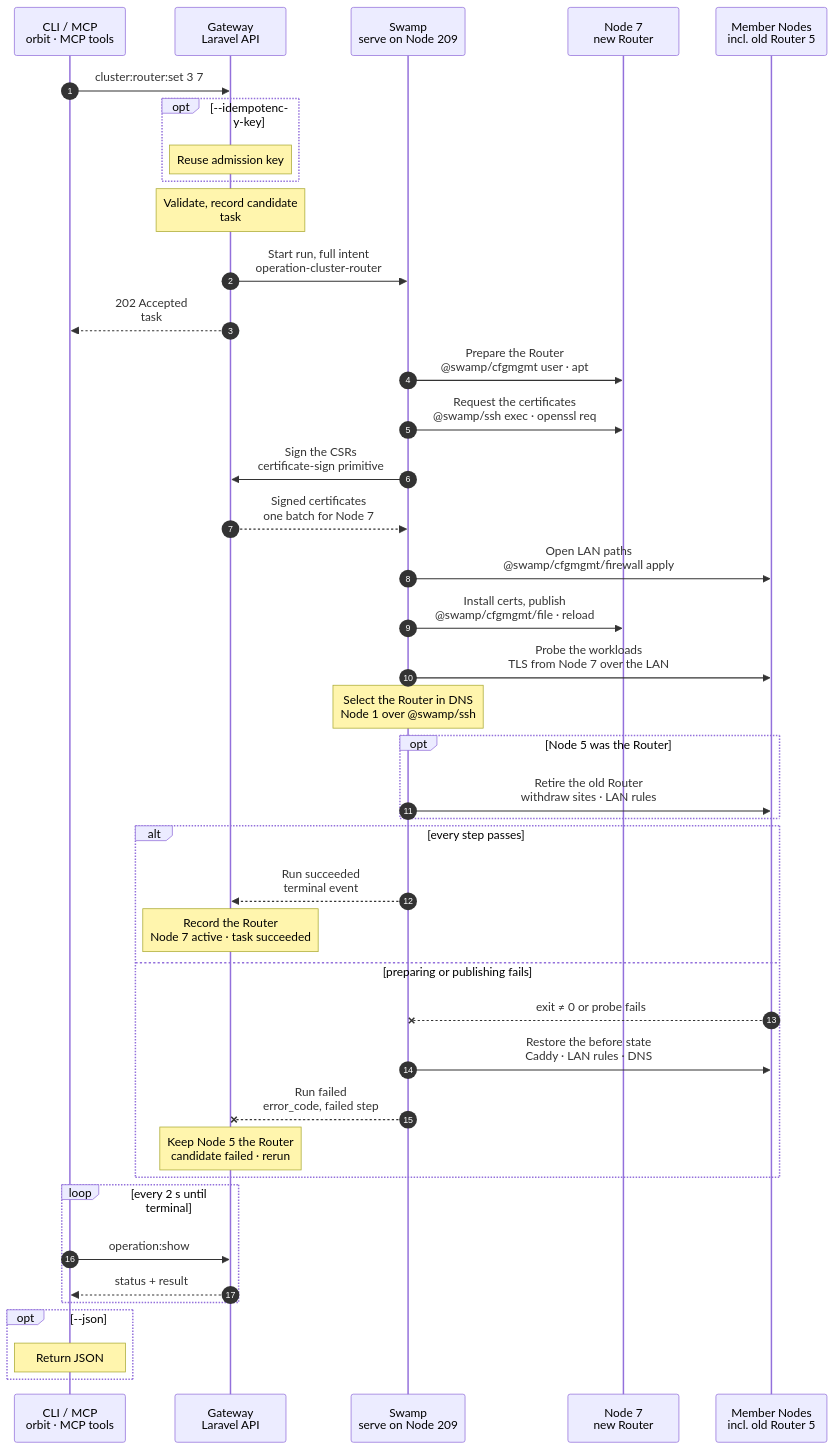
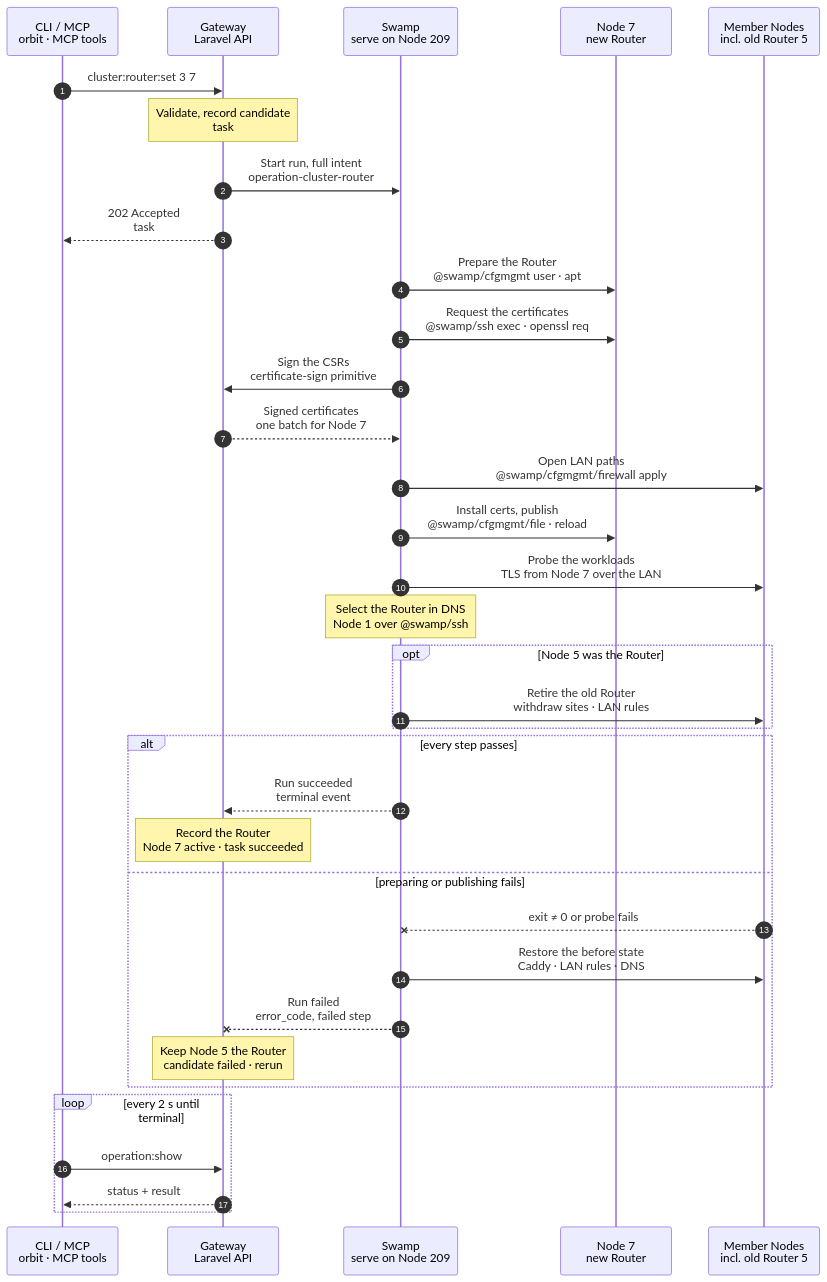
The diagram in docs/cli/cluster/router-set.mmd (hardimpactdev/orbit), drawn with Mermaid before and after one commit. The commit also changed 1 other file, not shown here.

Commit message:
docs(cluster): keep --force, --idempotency-key and --json in notes, not opt blocks
Rule 23 puts these call flags in %%> notes; an opt block is for an option that adds steps.

```diff
--- a/docs/cli/cluster/router-set.mmd
+++ b/docs/cli/cluster/router-set.mmd
@@ -1,140 +1,133 @@
 sequenceDiagram
   %% Target design: ADR 0244 task, DECISIONS 1 (cert signing is the one step→Gateway call), R2-R4. docs/reference/native-cluster-router.md, docs/cli/cluster.mdx.
   %% Tightened: flow-tighten 2026-11-02, rules 17, 18, 22 (certificates installed in the publish step, as route:create does; cfgmgmt behaviors named).
   %% status: draft
   %% command: cluster:router:set
   %% kind: cluster.router_set
   autonumber
   %% lane CLI icon=terminal pill=caller tone=gray
   %% lane GW icon=gateway pill=intent tone=blue
   %% lane SW icon=workflow pill=executes tone=green
   %% lane N icon=server pill=target tone=amber
   %% lane M icon=server pill=target tone=purple
   participant CLI as CLI / MCP<br/>orbit · MCP tools
   participant GW as Gateway<br/>Laravel API
   participant SW as Swamp<br/>serve on Node 209
   participant N as Node 7<br/>new Router
   participant M as Member Nodes<br/>incl. old Router 5
   CLI->>GW: cluster:router:set 3 7
   %%> Command:
   %%> - `orbit cluster:router:set 3 7`
   %%> - syntax: `<cluster> <node> [--idempotency-key=KEY] [--json]`
+  %%> Options:
+  %%> - `--idempotency-key`: reuses the same Operation admission for a retry with the same key
+  %%> - `--json`: waits for the terminal Operation and renders it as JSON
   %%> Input:
   %%> - the Cluster ID and the Node ID of an active member
   %%> What it does:
   %%> - makes Node 7 the Cluster Router: members on the LAN reach Cluster Routes through it, over HTTPS, and ask it for DNS
   %%> - replaces the current Router, Node 5, without a gap
-  opt --idempotency-key
-    Note over GW: Reuse admission key
-    %%> What it does:
-    %%> - reuses the same Operation admission for a retry with the same key
-  end
   Note over GW: Validate, record candidate<br/>task #5160 · Cluster lock
   %%> Requirements:
   %%> - your Node has an access grant to Node 7
   %%> - Node 7 is an active member of Cluster 3 with a LAN address (`cluster.router_node_invalid`)
   %%> - no other Router change runs for Cluster 3; the Gateway waits up to 30 seconds, then refuses with `cluster.router_busy`
   %%> - no unfinished replacement from another Router change (`cluster.router_transition_conflict`)
   %%> Builds:
   %%> - the Router's Caddy sites for every Cluster Route, its certificate requests, and the LAN firewall rules
   %%> - the before and after state, so a failure can restore the before state
   %%> Result:
   %%> - Node 7's `router` assignment recorded as pending; Node 5 stays the active Router
   %%> - task #5160 recorded with the full intent
   GW->>SW: Start run, full intent<br/>operation-cluster-router
   %%> What it does:
   %%> - starts one Swamp run on serve (Node 209)
   %%> Inputs:
   %%> - the sites, certificate requests, LAN rules, and old Router assignments
   %%> - the addresses and SSH host keys of Node 7 and every member; the SSH identity comes from the `swamp` role
   GW-->>CLI: 202 Accepted<br/>task #5160
   %%> What you get:
   %%> - the task number, at once
   %%> Next:
   %%> - the CLI follows the task with `operation:show`
   SW->>N: Prepare the Router<br/>@swamp/cfgmgmt user · apt
   %%> How:
   %%> - over SSH from 209 with `@swamp/ssh` and `@swamp/cfgmgmt` behaviors
   %%> What it does:
   %%> - the `router` role setup: the managed account, the required packages and the pinned Caddy package
   %%> - an existing, matching install is left as it is
   SW->>N: Request the certificates<br/>@swamp/ssh exec · openssl req
   %%> What it does:
   %%> - makes a key and a CSR on Node 7 for each Cluster Route domain that changed
   %%> - the private keys never leave Node 7
   SW->>GW: Sign the CSRs<br/>certificate-sign primitive
   %%> Why a call to the Gateway:
   %%> - certificate signing is the one allowed step→Gateway call; the Orbit CA stays in the Gateway
   GW-->>SW: Signed certificates<br/>one batch for Node 7
   %%> Returns:
   %%> - the signed certificates; Swamp installs them on Node 7
   SW->>M: Open LAN paths<br/>@swamp/cfgmgmt/firewall apply
   %%> What it does:
   %%> - on Node 7: allows 443/tcp and 53/tcp+udp from each eligible member's LAN address
   %%> - on each workload member: allows Node 7's LAN address to its Route ports
   %%> - identical lines are left as they are
   %%> - one `forEach` over the members; it runs beside the certificate request, since neither needs the other
   SW->>N: Install certs, publish<br/>@swamp/cfgmgmt/file · reload
   %%> What it does:
   %%> - installs the signed certificates next to their keys and writes the Router site list with `@swamp/cfgmgmt/file`, in one step as `route:create` does
   %%> - validates the full Router site list, then reloads the running Caddy; no restart
   SW->>M: Probe the workloads<br/>TLS from Node 7 over the LAN
   %%> What it does:
   %%> - checks from Node 7 that every Cluster Route's workload answers with a valid certificate
   %%> Why:
   %%> - Node 7 only becomes the Router when it can serve every Route
   Note over SW: Select the Router in DNS<br/>Node 1 over @swamp/ssh
   %%> What it does:
   %%> - private DNS answers members' Cluster names with Node 7's LAN address, then waits the 31-second DNS grace
   %%> How:
   %%> - over SSH from 209 to the VPN Node (Node 1), with the `swamp` role's key
   opt Node 5 was the Router
     SW->>M: Retire the old Router<br/>withdraw sites · LAN rules
     %%> When:
     %%> - only when the run replaces a Router, after the DNS grace
     %%> What it does:
     %%> - removes the Router sites and certificates from Node 5 and reloads its Caddy
     %%> - removes the LAN rules that only Node 5 needed; it never removes WireGuard baseline rules
     %%> If it fails:
     %%> - Node 7 stays the Router; the old assignment stays recorded as unfinished, and a rerun finishes it
   end
   alt every step passes
     SW-->>GW: Run succeeded<br/>terminal event
     %%> How the Gateway learns it:
     %%> - its shared run reader sees the terminal event; Swamp never calls the Gateway
     Note over GW: Record the Router<br/>Node 7 active · task succeeded
     %%> Result:
     %%> - Node 7's `router` assignment becomes active; Node 5's is deleted
     %%> - task #5160 succeeds
   else preparing or publishing fails
     M--xSW: exit ≠ 0 or probe fails
     %%> When:
     %%> - a setup, certificate, firewall or Caddy step fails, or a workload probe fails
     SW->>M: Restore the before state<br/>Caddy · LAN rules · DNS
     %%> What it does:
     %%> - puts back the captured Caddy, firewall and DNS state, so Node 5 keeps serving
     SW--xGW: Run failed<br/>error_code, failed step
     %%> The Gateway reads:
     %%> - which step failed, its error code, and whether the restore passed
     Note over GW: Keep Node 5 the Router<br/>candidate failed · rerun
     %%> Result:
     %%> - Node 7's assignment is marked failed; Node 5 stays the active Router
     %%> - task #5160 fails
     %%> On the Node:
     %%> - packages and Caddy on Node 7 stay; that is harmless
     %%> Retry:
     %%> - run the same command again after fixing the cause
   end
   loop every 2 s until terminal
     CLI->>GW: operation:show #5160
     %%> What it does:
     %%> - asks for the task's status every 2 seconds until it has ended
     GW-->>CLI: status + result
     %%> Returns:
     %%> - the current status, and the result once the task has ended
   end
-  opt --json
-    Note over CLI: Return JSON
-    %%> Result:
-    %%> - waits for the terminal Operation and renders it as JSON
-  end
```
